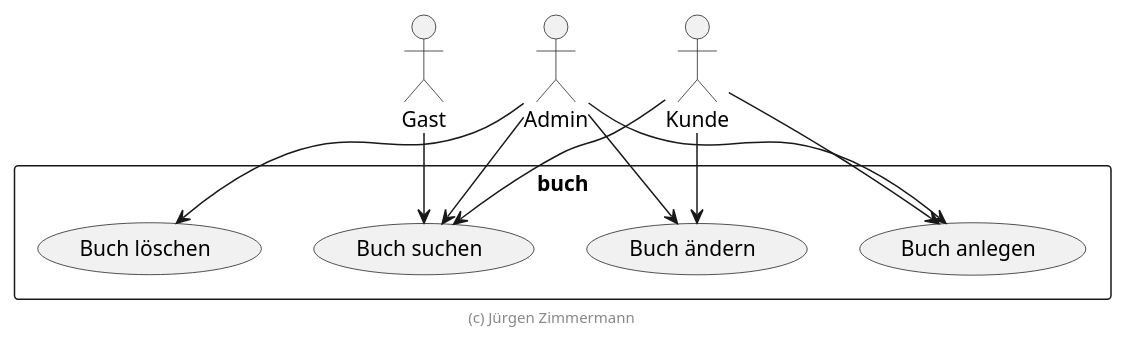
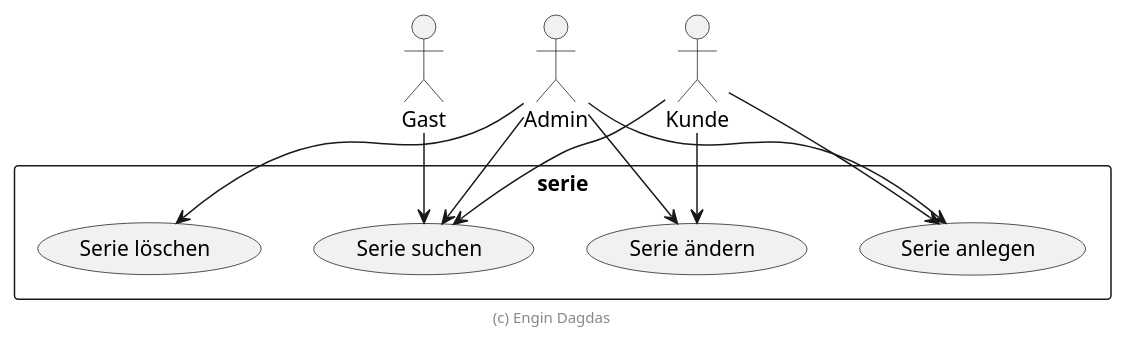
The diagram in .extras/doc/projekthandbuch/use-cases.plantuml (MidnightBlue25/serie), drawn with PlantUML before and after one commit. The commit also changed 12 other files, not shown here.

Commit message:
Add plantuml files for Serie

```diff
--- a/.extras/doc/projekthandbuch/use-cases.plantuml
+++ b/.extras/doc/projekthandbuch/use-cases.plantuml
@@ -18,20 +18,20 @@
 @startuml Use Cases
 
 actor Gast
 actor Admin
 actor Kunde
 
-rectangle buch {
-    Gast --> (Buch suchen)
-    Admin --> (Buch suchen)
-    Admin --> (Buch anlegen)
-    Admin --> (Buch ändern)
-    Admin --> (Buch löschen)
-    Kunde --> (Buch suchen)
-    Kunde --> (Buch anlegen)
-    Kunde --> (Buch ändern)
+rectangle serie {
+    Gast --> (Serie suchen)
+    Admin --> (Serie suchen)
+    Admin --> (Serie anlegen)
+    Admin --> (Serie ändern)
+    Admin --> (Serie löschen)
+    Kunde --> (Serie suchen)
+    Kunde --> (Serie anlegen)
+    Kunde --> (Serie ändern)
 }
 
-footer (c) Jürgen Zimmermann
+footer (c) Engin Dagdas
 
 @enduml
```
